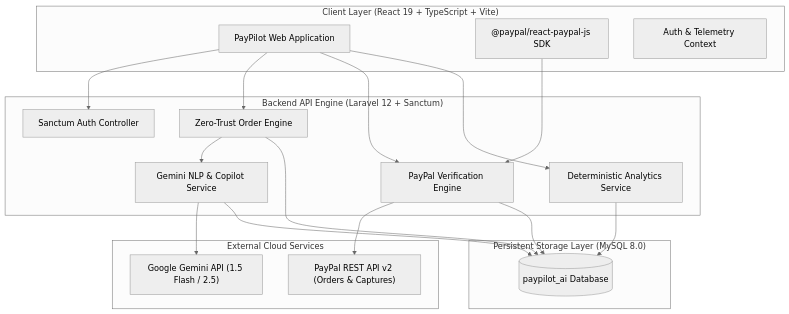
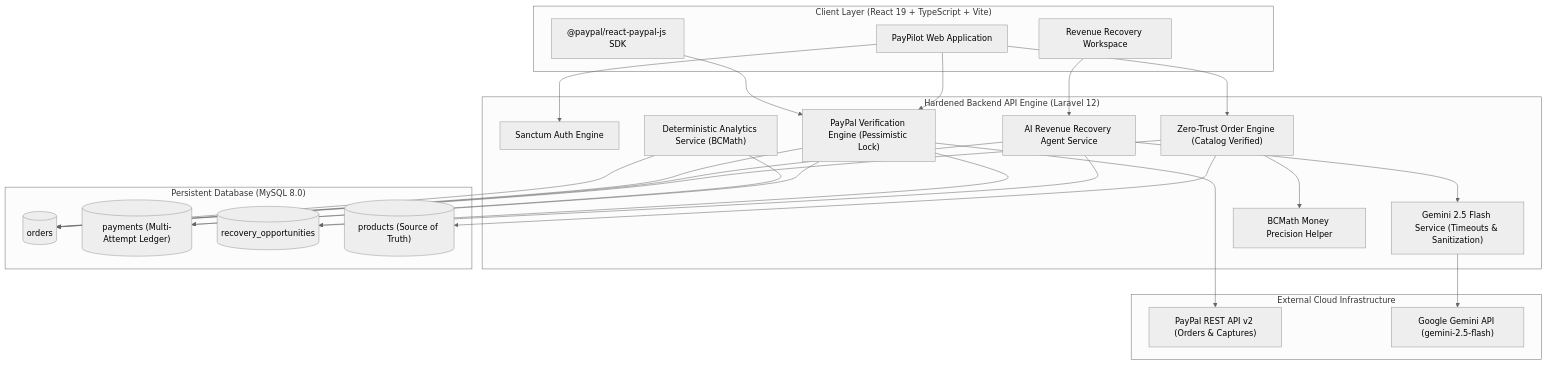
One commit to irfan-ibtech/PayPilot-AI changed the first of 2 diagrams in README.md. Above: the diagram before and after it, drawn with Mermaid (neutral theme). The commit also changed other lines of this file and 1 other file, not shown here.

Commit message:
docs(fintech): update documentation for ai recovery agent, bcmath precision, and security audit

````diff
--- a/README.md
+++ b/README.md
@@ -33,39 +36,53 @@
 ```mermaid
 flowchart TD
     subgraph Client ["Client Layer (React 19 + TypeScript + Vite)"]
         UI["PayPilot Web Application"]
+        REC_UI["Revenue Recovery Workspace"]
         PP_SDK["@paypal/react-paypal-js SDK"]
-        STATE["Auth & Telemetry Context"]
     end
 
-    subgraph Backend ["Backend API Engine (Laravel 12 + Sanctum)"]
-        AUTH["Sanctum Auth Controller"]
-        ORD_CTRL["Zero-Trust Order Engine"]
-        PAY_CTRL["PayPal Verification Engine"]
-        ANALYTICS["Deterministic Analytics Service"]
-        GEMINI_SVC["Gemini NLP & Copilot Service"]
+    subgraph Backend ["Hardened Backend API Engine (Laravel 12)"]
+        AUTH["Sanctum Auth Engine"]
+        ORD_CTRL["Zero-Trust Order Engine (Catalog Verified)"]
+        PAY_CTRL["PayPal Verification Engine (Pessimistic Lock)"]
+        REC_AGENT["AI Revenue Recovery Agent Service"]
+        ANALYTICS["Deterministic Analytics Service (BCMath)"]
+        GEMINI_SVC["Gemini 2.5 Flash Service (Timeouts & Sanitization)"]
+        MONEY["BCMath Money Precision Helper"]
     end
 
-    subgraph ExternalAPIs ["External Cloud Services"]
+    subgraph ExternalAPIs ["External Cloud Infrastructure"]
         PAYPAL["PayPal REST API v2 (Orders & Captures)"]
-        GEMINI["Google Gemini API (1.5 Flash / 2.5)"]
+        GEMINI["Google Gemini API (gemini-2.5-flash)"]
     end
 
-    subgraph Database ["Persistent Storage Layer (MySQL 8.0)"]
-        DB[("paypilot_ai Database")]
+    subgraph Database ["Persistent Database (MySQL 8.0)"]
+        DB_ORDERS[("orders")]
+        DB_PAYMENTS[("payments (Multi-Attempt Ledger)")]
+        DB_RECOVERY[("recovery_opportunities")]
+        DB_PRODUCTS[("products (Source of Truth)")]
     end
 
     UI --> AUTH
     UI --> ORD_CTRL
     UI --> PAY_CTRL
-    UI --> ANALYTICS
+    REC_UI --> REC_AGENT
     PP_SDK --> PAY_CTRL
 
-    ORD_CTRL --> GEMINI_SVC
-    ORD_CTRL --> DB
+    ORD_CTRL --> DB_PRODUCTS
+    ORD_CTRL --> MONEY
+    ORD_CTRL --> DB_ORDERS
+
+    REC_AGENT --> GEMINI_SVC
+    REC_AGENT --> DB_RECOVERY
+    REC_AGENT --> DB_ORDERS
+
     PAY_CTRL --> PAYPAL
-    PAY_CTRL --> DB
-    ANALYTICS --> DB
+    PAY_CTRL --> DB_PAYMENTS
+    PAY_CTRL --> DB_ORDERS
+    PAY_CTRL --> DB_RECOVERY
+
     GEMINI_SVC --> GEMINI
-    GEMINI_SVC --> DB
+    ANALYTICS --> DB_ORDERS
+    ANALYTICS --> DB_PAYMENTS
 ```
````
